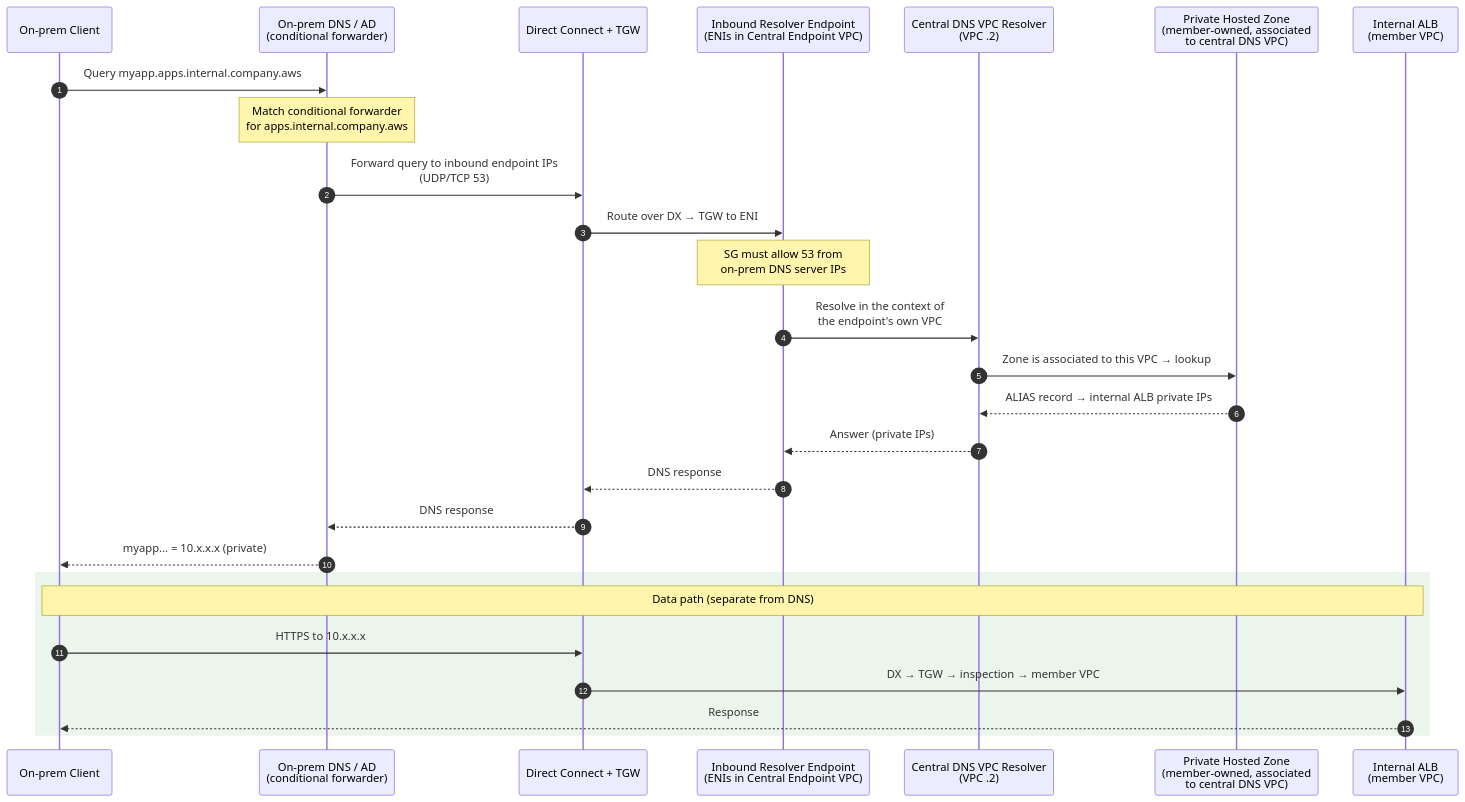
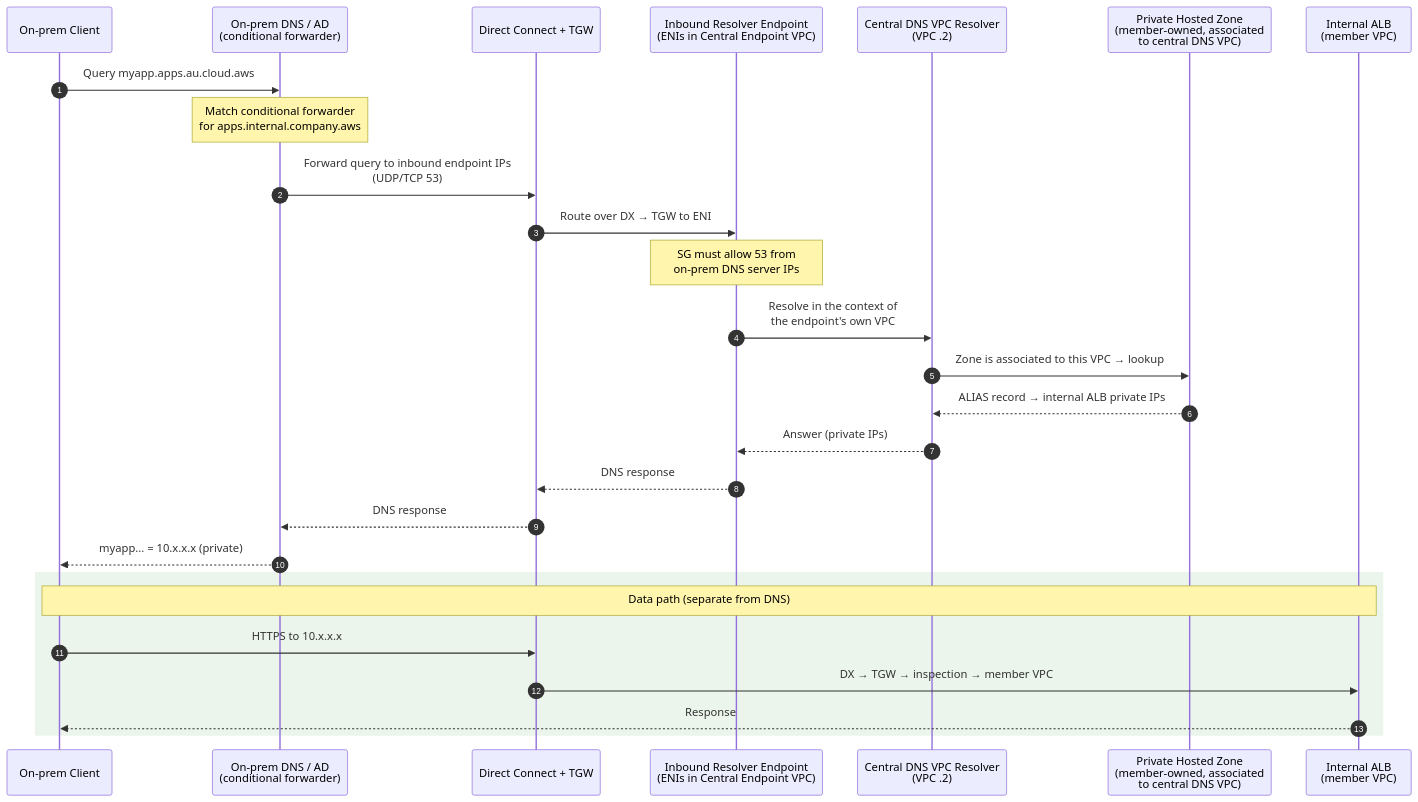
One commit to joshuamfrancis/Wikis changed the first of 3 diagrams in reference-env/dnsResolution/flow.md. Above: the diagram before and after it, drawn with Mermaid. The commit also changed other lines of this file, not shown here.

Commit message:
update domain name

````diff
--- a/reference-env/dnsResolution/flow.md
+++ b/reference-env/dnsResolution/flow.md
@@ -16,31 +16,31 @@
 ```mermaid
 sequenceDiagram
     autonumber
     participant C as On-prem Client
     participant AD as On-prem DNS / AD<br/>(conditional forwarder)
     participant DX as Direct Connect + TGW
     participant IN as Inbound Resolver Endpoint<br/>(ENIs in Central Endpoint VPC)
     participant R53 as Central DNS VPC Resolver<br/>(VPC .2)
     participant PHZ as Private Hosted Zone<br/>(member-owned, associated<br/>to central DNS VPC)
     participant ALB as Internal ALB<br/>(member VPC)
 
-    C->>AD: Query myapp.apps.internal.company.aws
+    C->>AD: Query myapp.apps.au.cloud.aws
     Note over AD: Match conditional forwarder<br/>for apps.internal.company.aws
     AD->>DX: Forward query to inbound endpoint IPs<br/>(UDP/TCP 53)
     DX->>IN: Route over DX → TGW to ENI
     Note over IN: SG must allow 53 from<br/>on-prem DNS server IPs
     IN->>R53: Resolve in the context of<br/>the endpoint's own VPC
     R53->>PHZ: Zone is associated to this VPC → lookup
     PHZ-->>R53: ALIAS record → internal ALB private IPs
     R53-->>IN: Answer (private IPs)
     IN-->>DX: DNS response
     DX-->>AD: DNS response
     AD-->>C: myapp... = 10.x.x.x (private)
 
     rect rgb(235, 245, 235)
     Note over C,ALB: Data path (separate from DNS)
     C->>DX: HTTPS to 10.x.x.x
     DX->>ALB: DX → TGW → inspection → member VPC
     ALB-->>C: Response
     end
 ```
````
